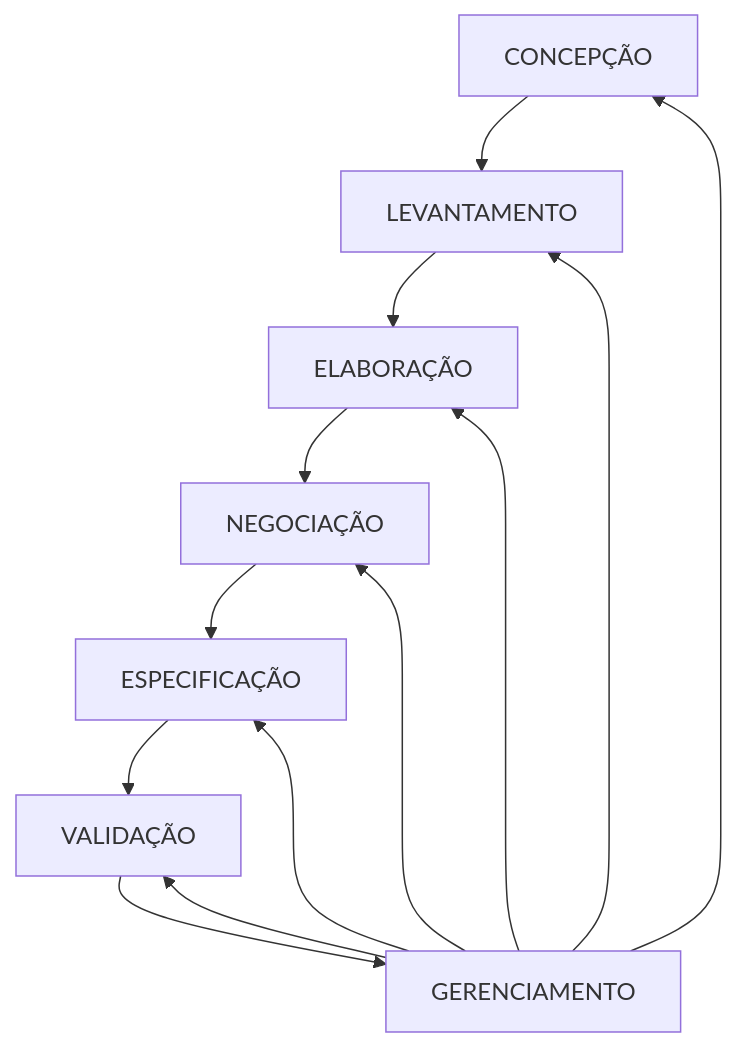
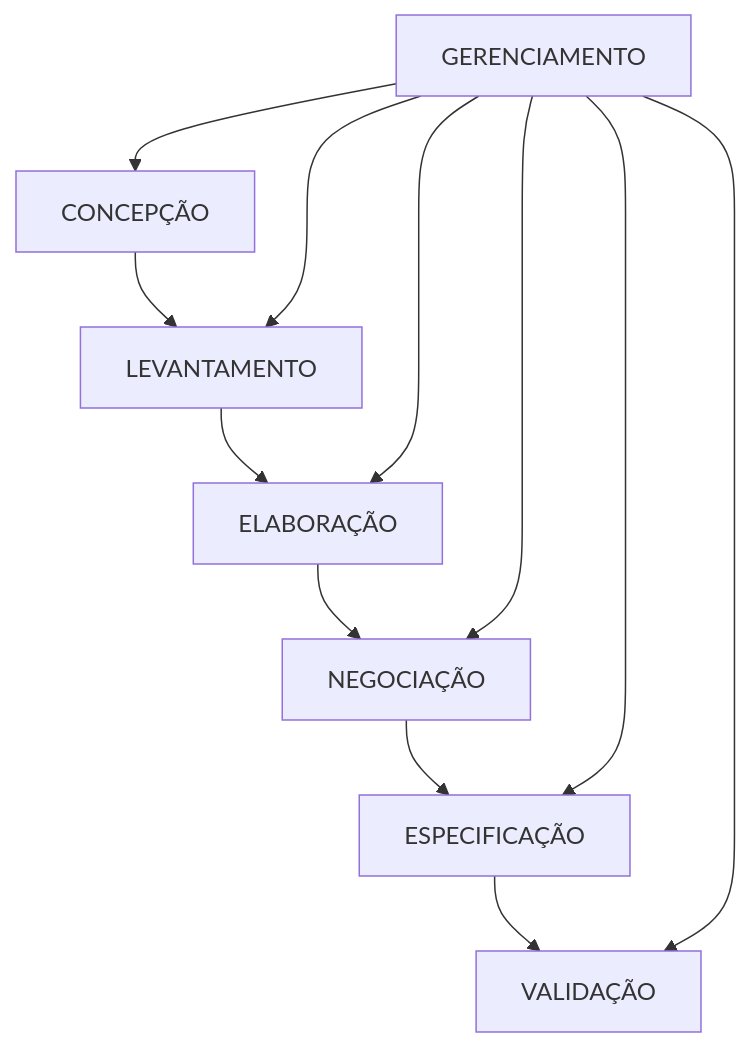
One commit to ericmds/3-Semestre changed the diagram in Engenharia e Requisitos de Software/Aula 02.04.25.md. Above: the diagram before and after it, drawn with Mermaid.

Commit message:
Update Aula 02.04.25.md

````diff
--- a/Engenharia e Requisitos de Software/Aula 02.04.25.md
+++ b/Engenharia e Requisitos de Software/Aula 02.04.25.md
@@ -2,15 +2,14 @@
   ```mermaid
   graph TD;
     CONCEPÇÃO-->LEVANTAMENTO
     LEVANTAMENTO-->ELABORAÇÃO
     ELABORAÇÃO-->NEGOCIAÇÃO
     NEGOCIAÇÃO-->ESPECIFICAÇÃO
     ESPECIFICAÇÃO-->VALIDAÇÃO
-    VALIDAÇÃO-->GERENCIAMENTO
     GERENCIAMENTO-->CONCEPÇÃO
     GERENCIAMENTO-->LEVANTAMENTO
     GERENCIAMENTO-->ELABORAÇÃO
     GERENCIAMENTO-->NEGOCIAÇÃO
     GERENCIAMENTO-->ESPECIFICAÇÃO
     GERENCIAMENTO-->VALIDAÇÃO
   ```
````
